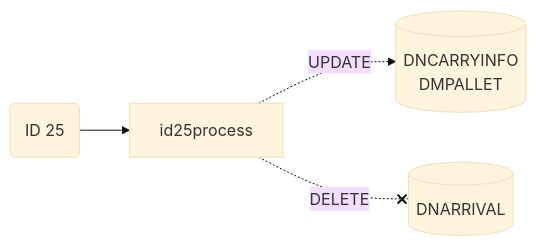
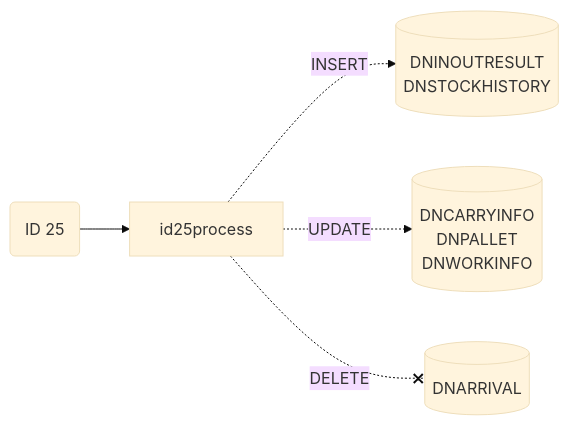
The fourth of 10 diagrams in Basic-Design/DFD-WMS/Storage/Empty-Pallet-Storage-to-Ambient-Area.md (luthfiadityaa/SimeDarby-Wiki), drawn with Mermaid (base theme) before and after one commit. The commit also changed other lines of this file, not shown here.

```diff
--- a/Basic-Design/DFD-WMS/Storage/Empty-Pallet-Storage-to-Ambient-Area.md
+++ b/Basic-Design/DFD-WMS/Storage/Empty-Pallet-Storage-to-Ambient-Area.md
@@ -335,19 +342,27 @@
 ::: mermaid
 flowchart LR
 
 id25("
 ID 25
 ")
 
+id25-insert[("
+DNINOUTRESULT
+DNSTOCKHISTORY
+")]
+
 id25-update[("
 DNCARRYINFO
-DMPALLET
+DNPALLET
+DNWORKINFO
 ")]
 id25-delete[("
 DNARRIVAL
 ")]
 
 id25-->id25process
+id25process-.INSERT.->id25-insert
 id25process-.UPDATE.->id25-update
 id25process-.DELETE.-xid25-delete
+
 :::
```
